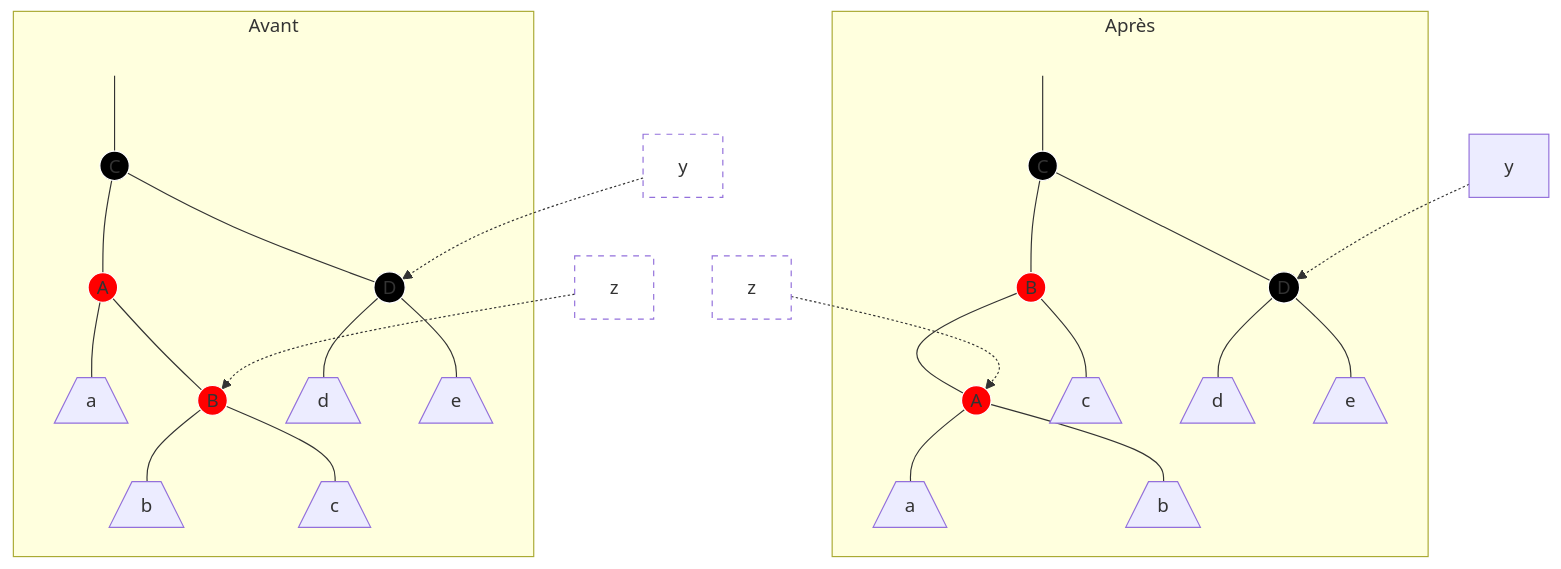
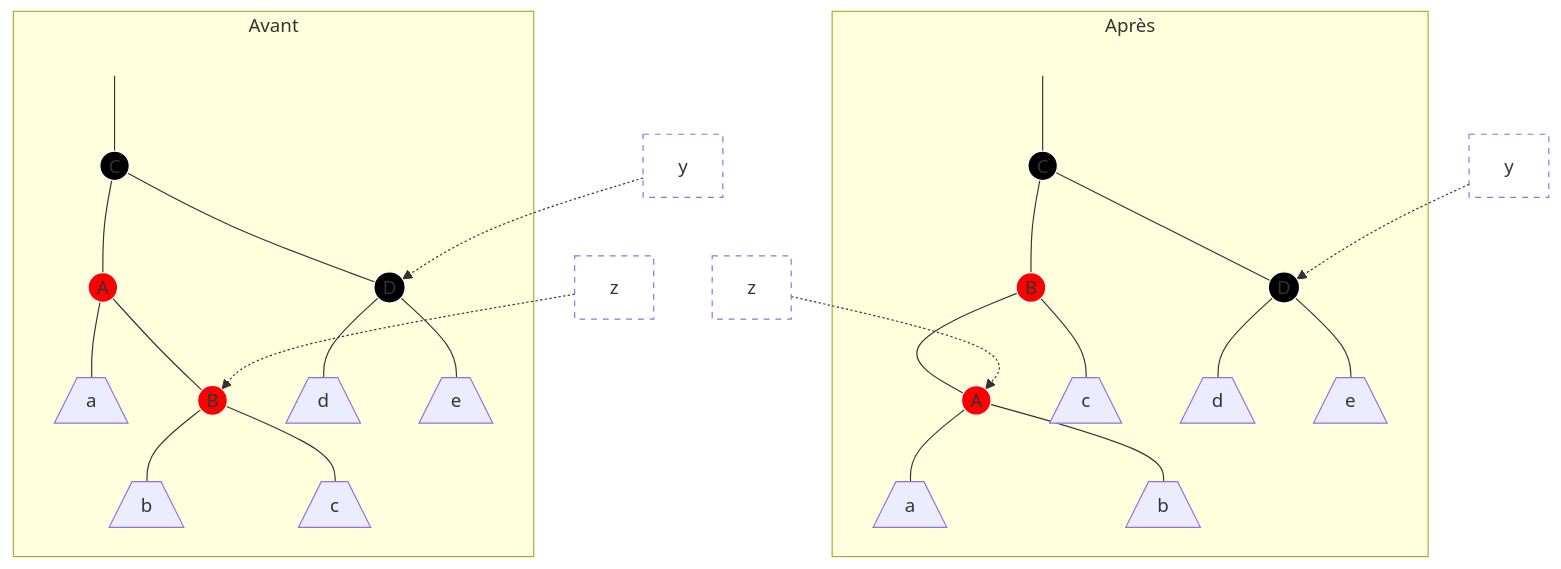
The fifth of 6 diagrams in cours/black-red-trees.md (Kechidi/TP1), drawn with Mermaid before and after one commit. The commit also changed other lines of this file, not shown here.

Commit message:
Fig cas 3

````diff
--- a/cours/black-red-trees.md
+++ b/cours/black-red-trees.md
@@ -255,30 +255,30 @@
 ```mermaid
 graph TD
   subgraph 0[Avant]
     R1[" "] --- C1((C)) --- A1((A)) & D1((D))
     A1 --- a1[/a\] & B1(("B"))
     B1 --- b1[/b\] & c1[/c\]
     D1 --- d1[/d\] & e1[/e\]
   end
   y1[y] -.-> D1
   z1[z] -.-> B1
 
   subgraph 1[Après]
     R2[" "] --- C2((C)) --- B2((B)) & D2((D))
     B2 --- A2((A)) & c2[/c\]
     A2 --- a2[/a\] & b2[/b\]
     D2 --- d2[/d\] & e2[/e\]
   end
 
   y2[y] -.-> D2
   z2[z] -.-> A2
 
   classDef black fill:#000, stroke:#fff
   classDef red fill:#f00, stroke:#fff
   classDef invisible fill:#0000, stroke:#0000
   classDef pointer stroke-dasharray: 5 5, fill:#0000
   class C1,D1,C2,D2 black
   class A1,A2,B1,B2 red
   class R1,R2 invisible
-  class z1,y1,z2 pointer
+  class z1,y1,z2,y2 pointer
 ```
````
